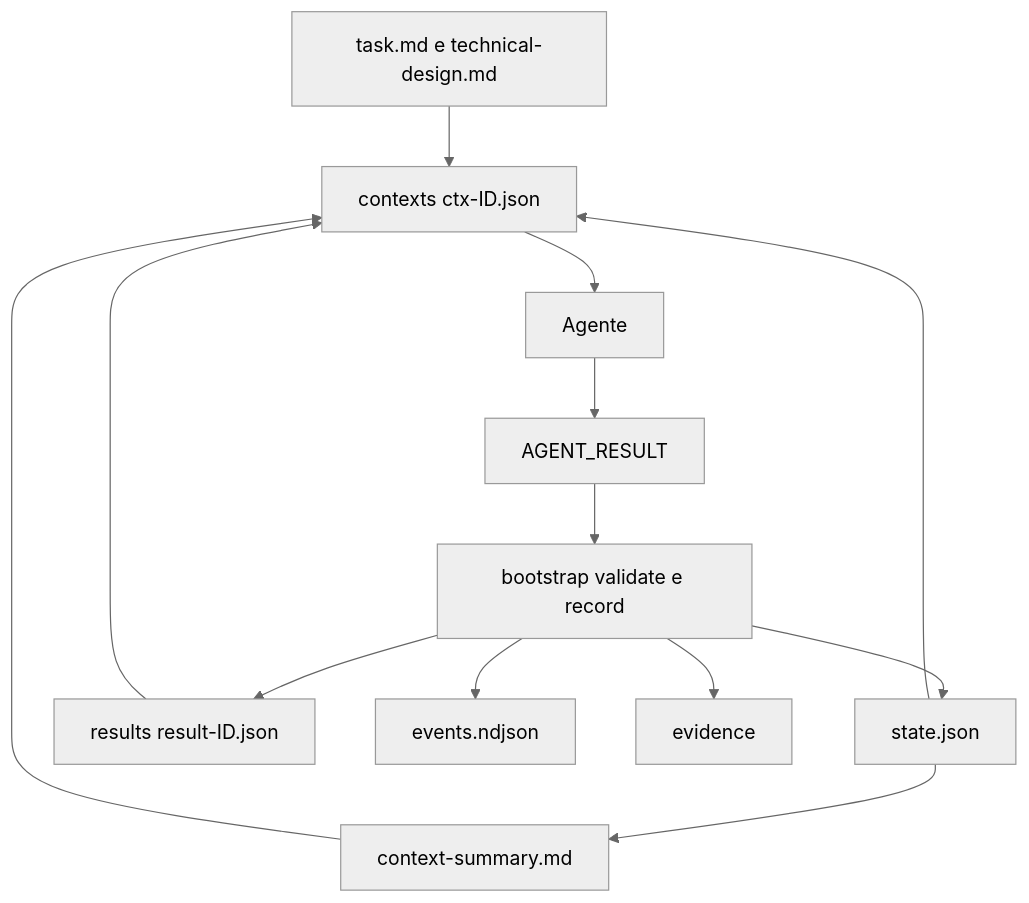
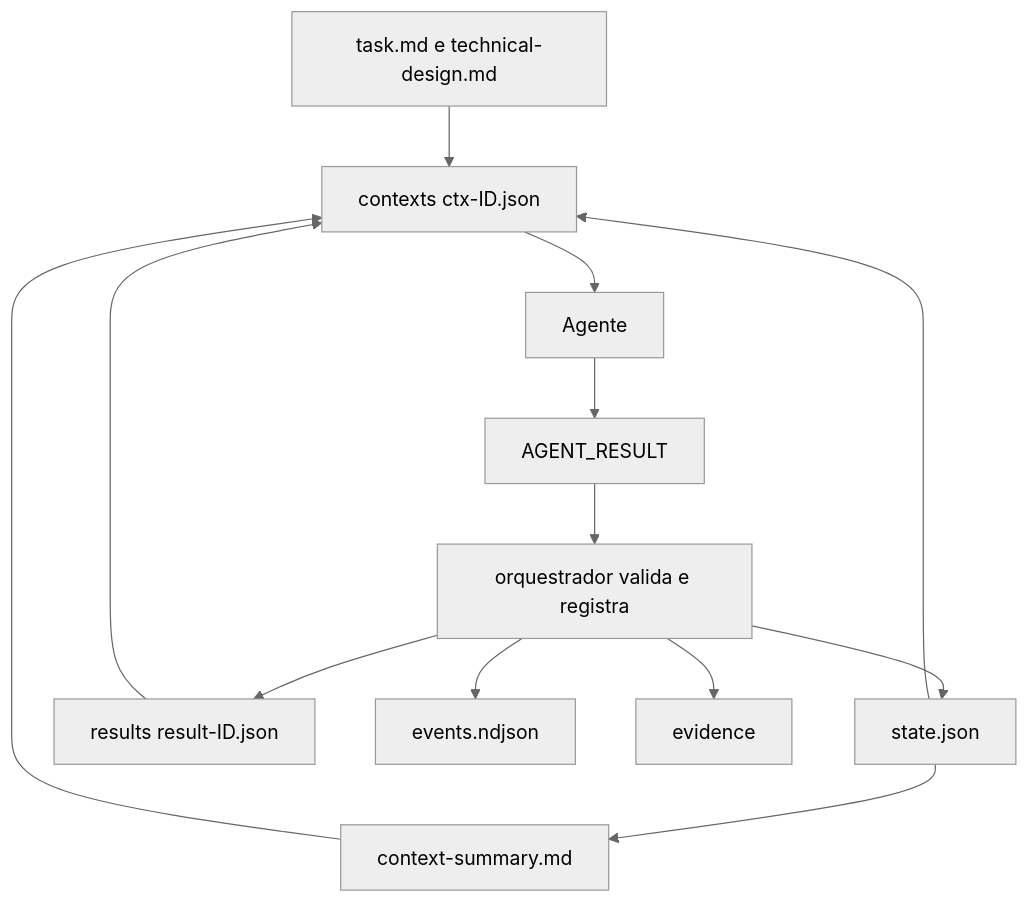
The second of 2 diagrams in docs/FILES-AND-LIFECYCLE.md (fellipemauriciosilva/sdd-toolkit), drawn with Mermaid (neutral theme) before and after one commit. The commit also changed other lines of this file and 169 other files, not shown here.

````diff
--- a/docs/FILES-AND-LIFECYCLE.md
+++ b/docs/FILES-AND-LIFECYCLE.md
@@ -50,15 +50,15 @@
 ```mermaid
 flowchart TB
     T[task.md e technical-design.md] --> P[contexts ctx-ID.json]
     S[state.json] --> P
     H[context-summary.md] --> P
     R[results result-ID.json] --> P
     P --> A[Agente]
     A --> O[AGENT_RESULT]
-    O --> V[bootstrap validate e record]
+    O --> V[orquestrador valida e registra]
     V --> S
     V --> E[events.ndjson]
     V --> R
     V --> X[evidence]
     S --> H
 ```
````
